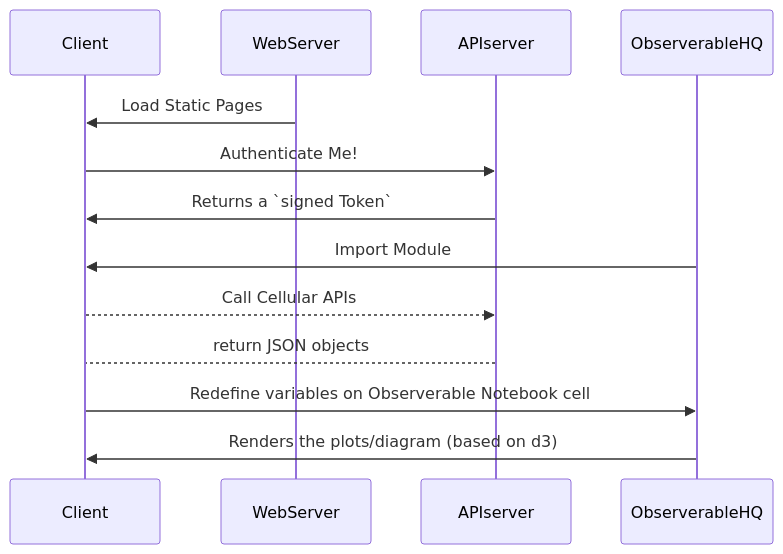
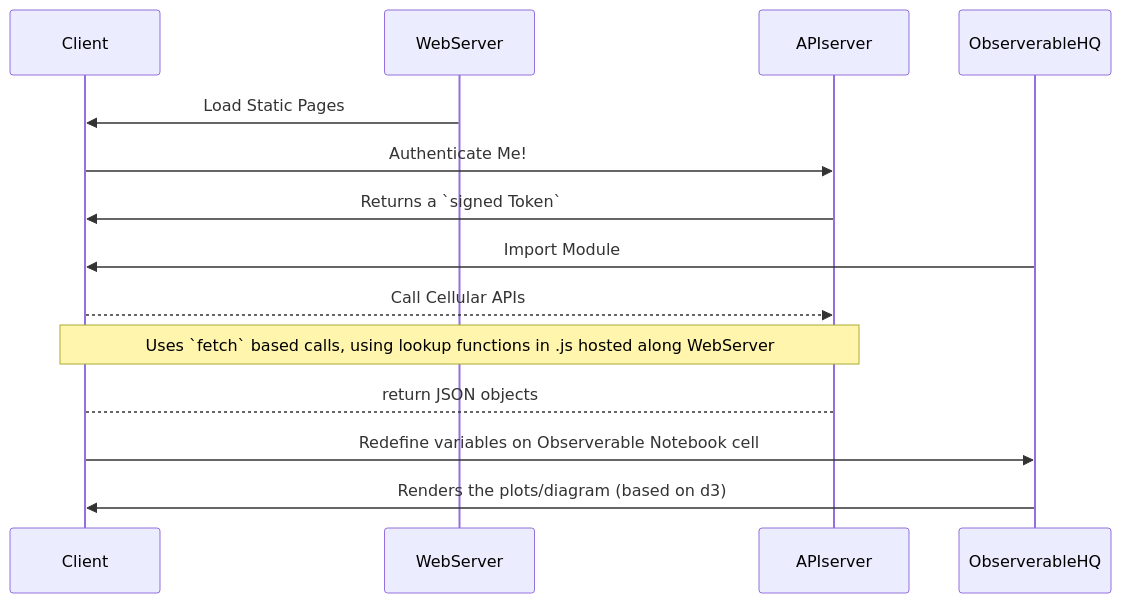
One commit to wiless/wiless.github.io changed the diagram in _tutorial/writingapiservice.md. Above: the diagram before and after it, drawn with Mermaid.

```diff
--- a/_tutorial/writingapiservice.md
+++ b/_tutorial/writingapiservice.md
@@ -13,17 +13,18 @@
 <div class="mermaid">
 sequenceDiagram
     participant Client
     participant WebServer
     participant APIserver    
     participant ObserverableHQ
     
     WebServer->>Client: Load Static Pages    
     Client->>APIserver: Authenticate Me!    
     APIserver->>Client: Returns a `signed Token`
     ObserverableHQ->>Client: Import Module
     Client-->>APIserver: Call Cellular APIs 
+    Note over Client,APIserver: Uses `fetch` based calls, using lookup functions in .js hosted along WebServer 
     APIserver-->Client:  return JSON objects
     Client->>ObserverableHQ: Redefine variables on Observerable Notebook cell
     ObserverableHQ->>Client: Renders the plots/diagram (based on d3)    
 
 </div>
```
